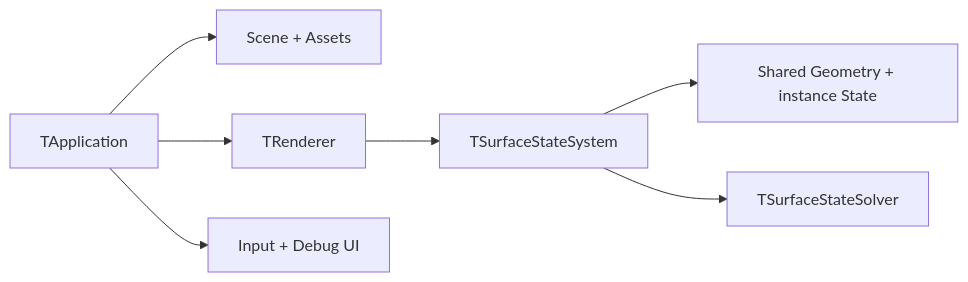
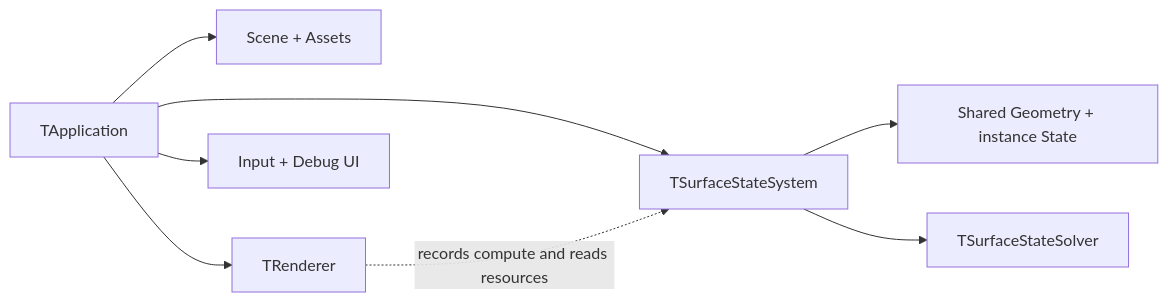
The diagram in Docs/MDSSP-Vault/04_Architecture/0000_Overview.md (Yonaim/Material-Dependent-Surface-State-Engine), drawn with Mermaid before and after one commit. The commit also changed 12 other files, not shown here.

````diff
--- a/Docs/MDSSP-Vault/04_Architecture/0000_Overview.md
+++ b/Docs/MDSSP-Vault/04_Architecture/0000_Overview.md
@@ -16,9 +16,10 @@
 ```mermaid
 flowchart LR
   App[TApplication] --> Core[Scene + Assets]
+  App --> Surface[TSurfaceStateSystem]
   App --> Render[TRenderer]
   App --> Interaction[Input + Debug UI]
-  Render --> Surface[TSurfaceStateSystem]
+  Render -. records compute and reads resources .-> Surface
   Surface --> Data[Shared Geometry + instance State]
   Surface --> Solver[TSurfaceStateSolver]
 ```
````
